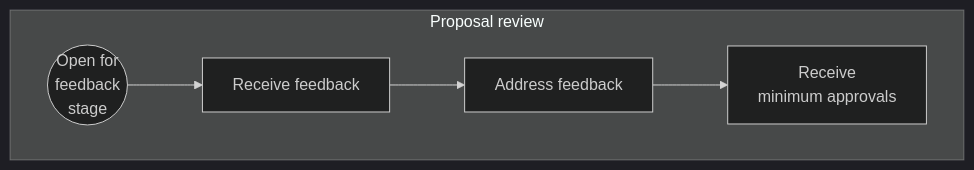
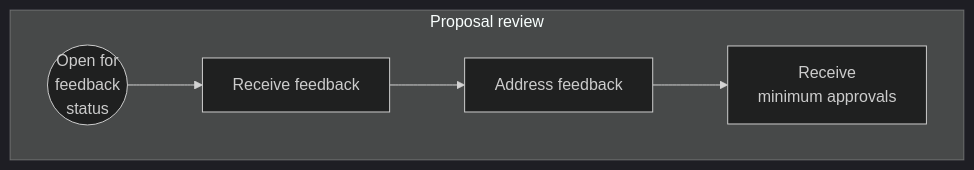
The second of 5 diagrams in src/content/graphos/delivery/schema-proposals.mdx (apollographql/docs), drawn with Mermaid (dark theme) before and after one commit. The commit also changed other lines of this file and 4 other files, not shown here.

````diff
--- a/src/content/graphos/delivery/schema-proposals.mdx
+++ b/src/content/graphos/delivery/schema-proposals.mdx
@@ -71,13 +75,13 @@
 ```mermaid
 graph LR
     subgraph Open4Feedback ["Proposal review"]
     direction LR
-    Feedback((Open for <br/>feedback <br/> stage))
+    Feedback((Open for <br/>feedback <br/> status))
     Feedback1["Receive feedback "]
     Feedback2["Address feedback "]
     Approvals["Receive<br/>minimum approvals"]
     Feedback --> Feedback1 --> Feedback2 --> Approvals
     end
     class Feedback secondary;
     class Feedback CircleSize50;
 ```
````
